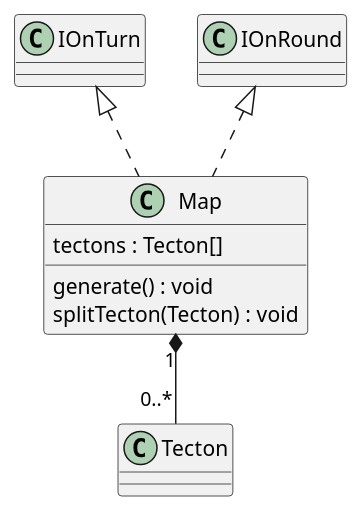
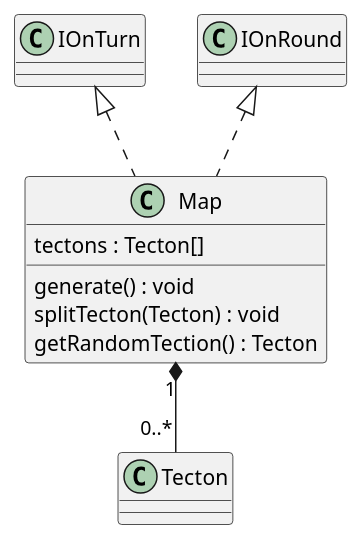
Before and after one commit to Petya-G/fungorium: the diagram in 3/classes/map.puml, drawn with PlantUML.

Commit message:
changed map

```diff
--- a/3/classes/map.puml
+++ b/3/classes/map.puml
@@ -1,10 +1,11 @@
 @startuml map
 IOnTurn <|.. Map 
 IOnRound <|.. Map
 Map "1" *-- "0..*" Tecton
 class Map{
     tectons : Tecton[]
     generate() : void
     splitTecton(Tecton) : void
+    getRandomTection() : Tecton
 }
 @enduml
```
